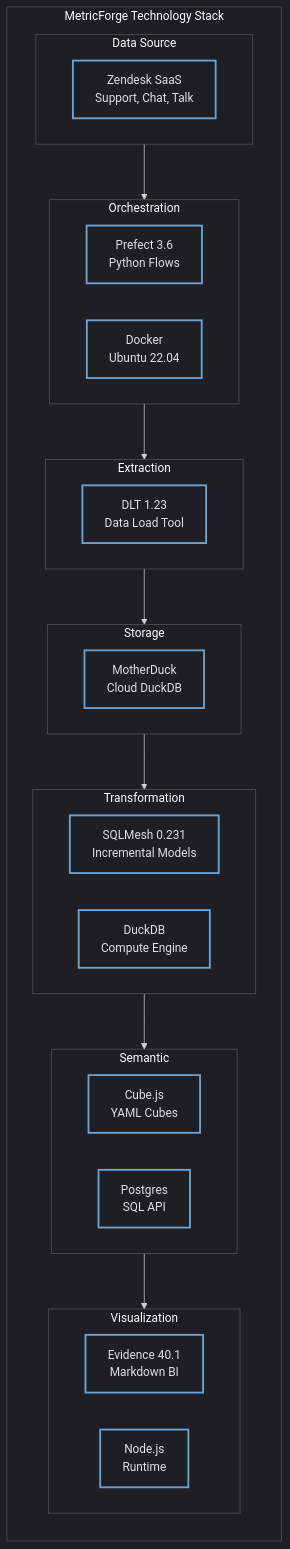
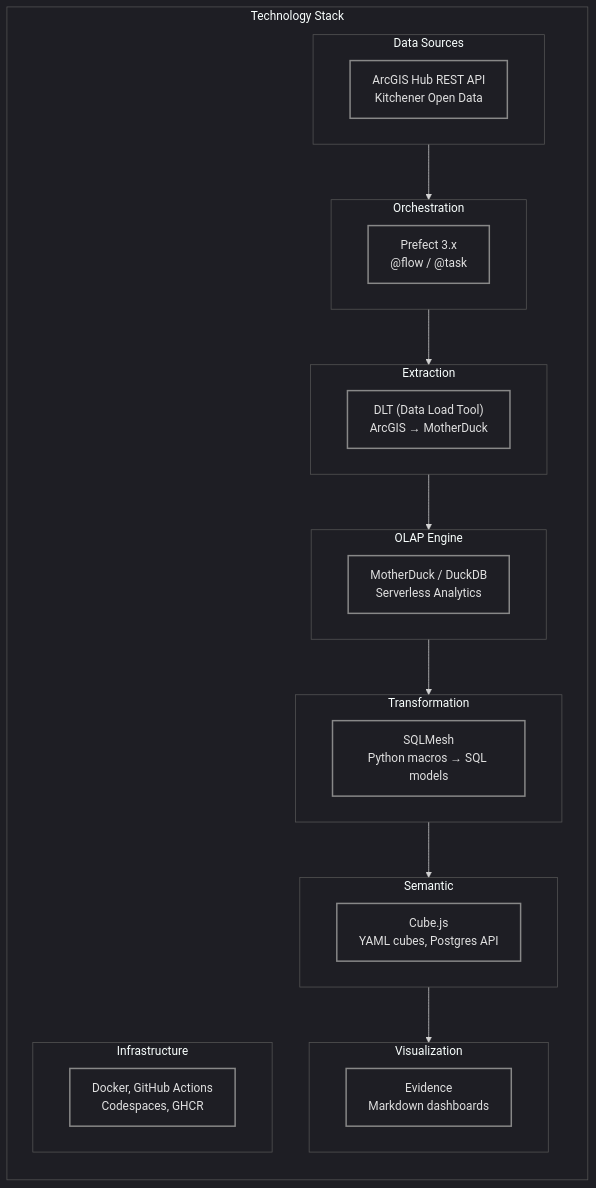
One commit to MetricForge-Analytics-Inc/MetricForge-City-Foundation changed the ninth of 9 diagrams in Documentation/Architecture/system-architecture.md. Above: the diagram before and after it, drawn with Mermaid. The commit also changed other lines of this file and 93 other files, not shown here.

````diff
--- a/Documentation/Architecture/system-architecture.md
+++ b/Documentation/Architecture/system-architecture.md
@@ -452,43 +291,35 @@
 ```mermaid
 %%{init: {'theme': 'dark', 'themeVariables': {'mainBkg': 'transparent', 'nodeBorder': '#555', 'clusterBkg': 'transparent', 'clusterBorder': '#555'}}}%%
 flowchart TB
-    classDef layer fill:none,color:#e0e0e0,stroke:#6ba3d6,stroke-width:2.5px
+    classDef layer fill:none,color:#e0e0e0,stroke:#888,stroke-width:2px
 
-    subgraph STACK ["MetricForge Technology Stack"]
+    subgraph STACK ["Technology Stack"]
         direction TB
-
-        subgraph L1 ["Data Source"]
-            Z["Zendesk SaaS<br/>Support, Chat, Talk"]:::layer
+        subgraph SOURCES ["Data Sources"]
+            A["ArcGIS Hub REST API<br/>Kitchener Open Data"]:::layer
+        end
+        subgraph ORCHESTRATION ["Orchestration"]
+            B["Prefect 3.x<br/>@flow / @task"]:::layer
+        end
+        subgraph EXT ["Extraction"]
+            C["DLT (Data Load Tool)<br/>ArcGIS → MotherDuck"]:::layer
+        end
+        subgraph OLAP ["OLAP Engine"]
+            D["MotherDuck / DuckDB<br/>Serverless Analytics"]:::layer
+        end
+        subgraph XFORM ["Transformation"]
+            E["SQLMesh<br/>Python macros → SQL models"]:::layer
+        end
+        subgraph SEM ["Semantic"]
+            F["Cube.js<br/>YAML cubes, Postgres API"]:::layer
+        end
+        subgraph VIZL ["Visualization"]
+            G["Evidence<br/>Markdown dashboards"]:::layer
+        end
+        subgraph INFRA ["Infrastructure"]
+            H["Docker, GitHub Actions<br/>Codespaces, GHCR"]:::layer
         end
 
-        subgraph L2 ["Orchestration"]
-            P["Prefect 3.6<br/>Python Flows"]:::layer
-            DK["Docker<br/>Ubuntu 22.04"]:::layer
-        end
-
-        subgraph L3 ["Extraction"]
-            DLTX["DLT 1.23<br/>Data Load Tool"]:::layer
-        end
-
-        subgraph L4 ["Storage"]
-            MDK["MotherDuck<br/>Cloud DuckDB"]:::layer
-        end
-
-        subgraph L5 ["Transformation"]
-            SM["SQLMesh 0.231<br/>Incremental Models"]:::layer
-            DDB["DuckDB<br/>Compute Engine"]:::layer
-        end
-
-        subgraph L6 ["Semantic"]
-            CJ["Cube.js<br/>YAML Cubes"]:::layer
-            PGS["Postgres<br/>SQL API"]:::layer
-        end
-
-        subgraph L7 ["Visualization"]
-            EV["Evidence 40.1<br/>Markdown BI"]:::layer
-            NJ["Node.js<br/>Runtime"]:::layer
-        end
-
-        L1 --> L2 --> L3 --> L4 --> L5 --> L6 --> L7
+        SOURCES --> ORCHESTRATION --> EXT --> OLAP --> XFORM --> SEM --> VIZL
     end
 ```
````
